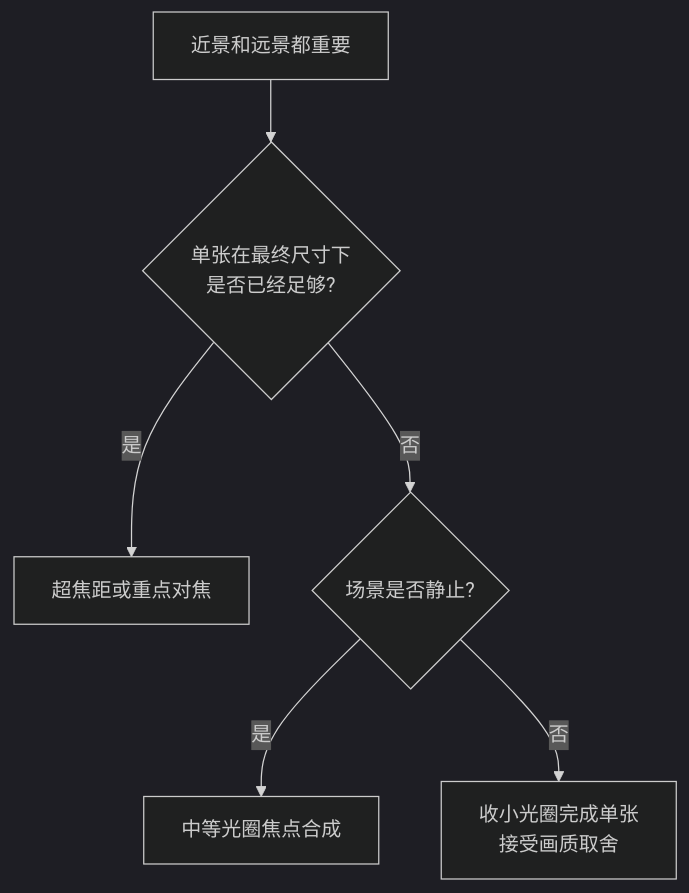
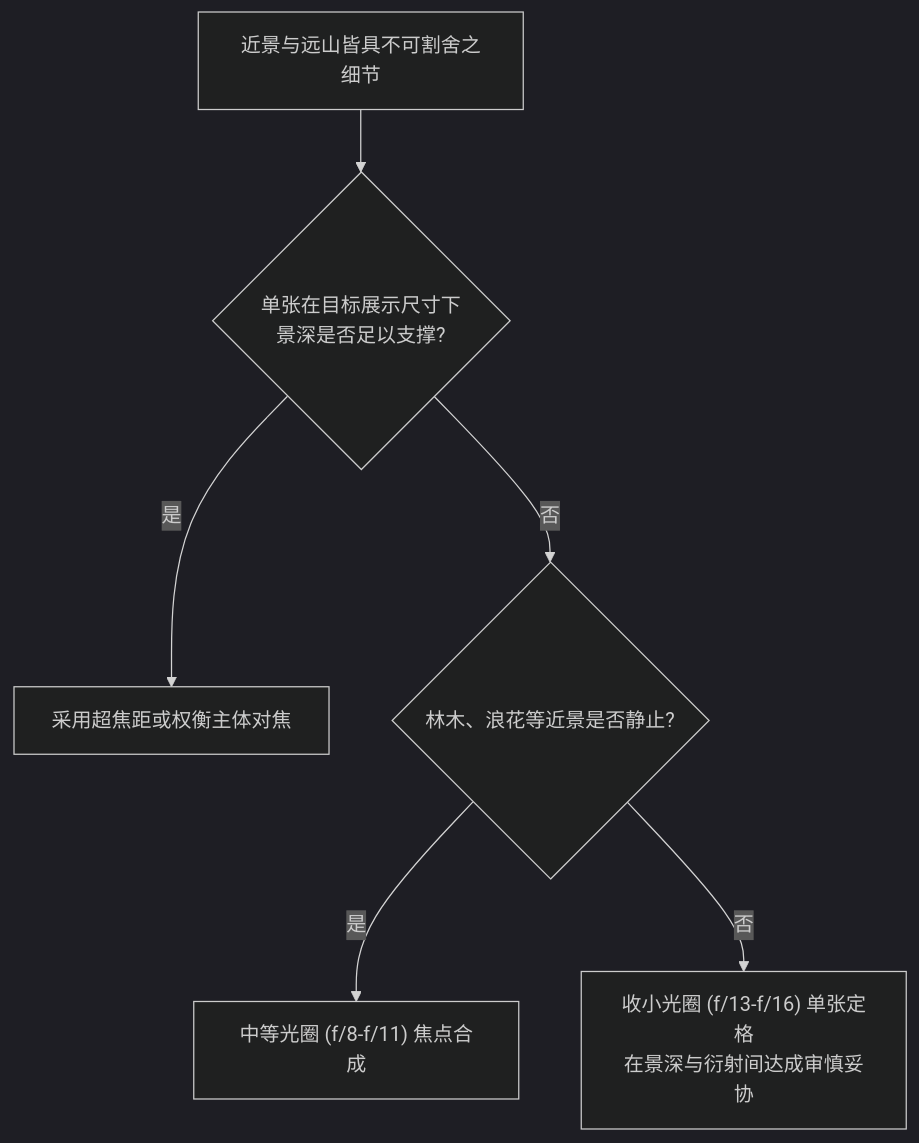
One commit to yingwang/photography-book changed the diagram in docs/09-landscape.md. Above: the diagram before and after it, drawn with Mermaid (dark theme). The commit also changed other lines of this file, not shown here.

````diff
--- a/docs/09-landscape.md
+++ b/docs/09-landscape.md
@@ -141,8 +148,8 @@
 ```mermaid
 graph TD
-    A["近景和远景都重要"] --> B{"单张在最终尺寸下<br/>是否已经足够?"}
-    B -->|"是"| C["超焦距或重点对焦"]
-    B -->|"否"| D{"场景是否静止?"}
-    D -->|"是"| E["中等光圈焦点合成"]
-    D -->|"否"| F["收小光圈完成单张<br/>接受画质取舍"]
+    A["近景与远山皆具不可割舍之细节"] --> B{"单张在目标展示尺寸下<br/>景深是否足以支撑?"}
+    B -->|"是"| C["采用超焦距或权衡主体对焦"]
+    B -->|"否"| D{"林木、浪花等近景是否静止?"}
+    D -->|"是"| E["中等光圈 (f/8-f/11) 焦点合成"]
+    D -->|"否"| F["收小光圈 (f/13-f/16) 单张定格<br/>在景深与衍射间达成审慎妥协"]
 ```
````
